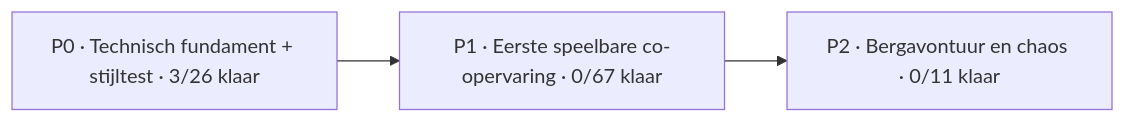
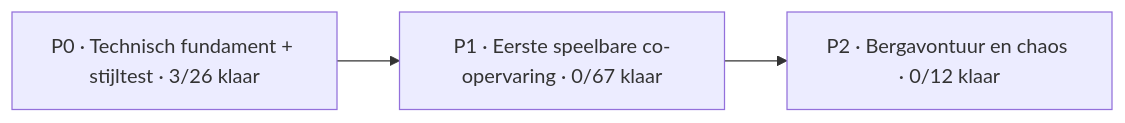
One commit to mlemson/conductor-chaos changed the diagram in Docs/PROJECT_BOARD.md. Above: the diagram before and after it, drawn with Mermaid. The commit also changed other lines of this file, not shown here.

````diff
--- a/Docs/PROJECT_BOARD.md
+++ b/Docs/PROJECT_BOARD.md
@@ -13,7 +13,7 @@
 ```mermaid
 flowchart LR
     P0["P0 · Technisch fundament + stijltest · 3/26 klaar"]
     P1["P1 · Eerste speelbare co-opervaring · 0/67 klaar"]
-    P2["P2 · Bergavontuur en chaos · 0/11 klaar"]
+    P2["P2 · Bergavontuur en chaos · 0/12 klaar"]
     P0 --> P1 --> P2
 ```
````
